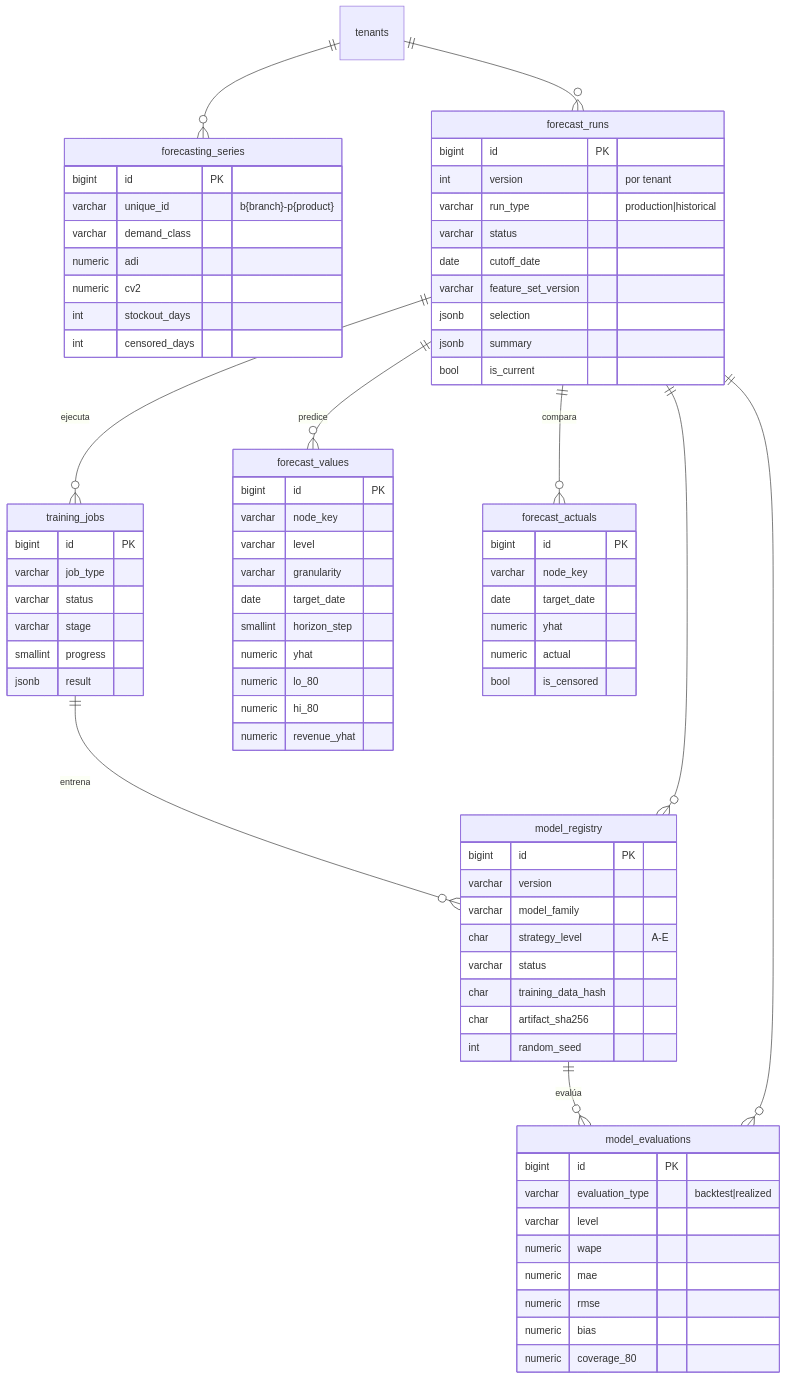
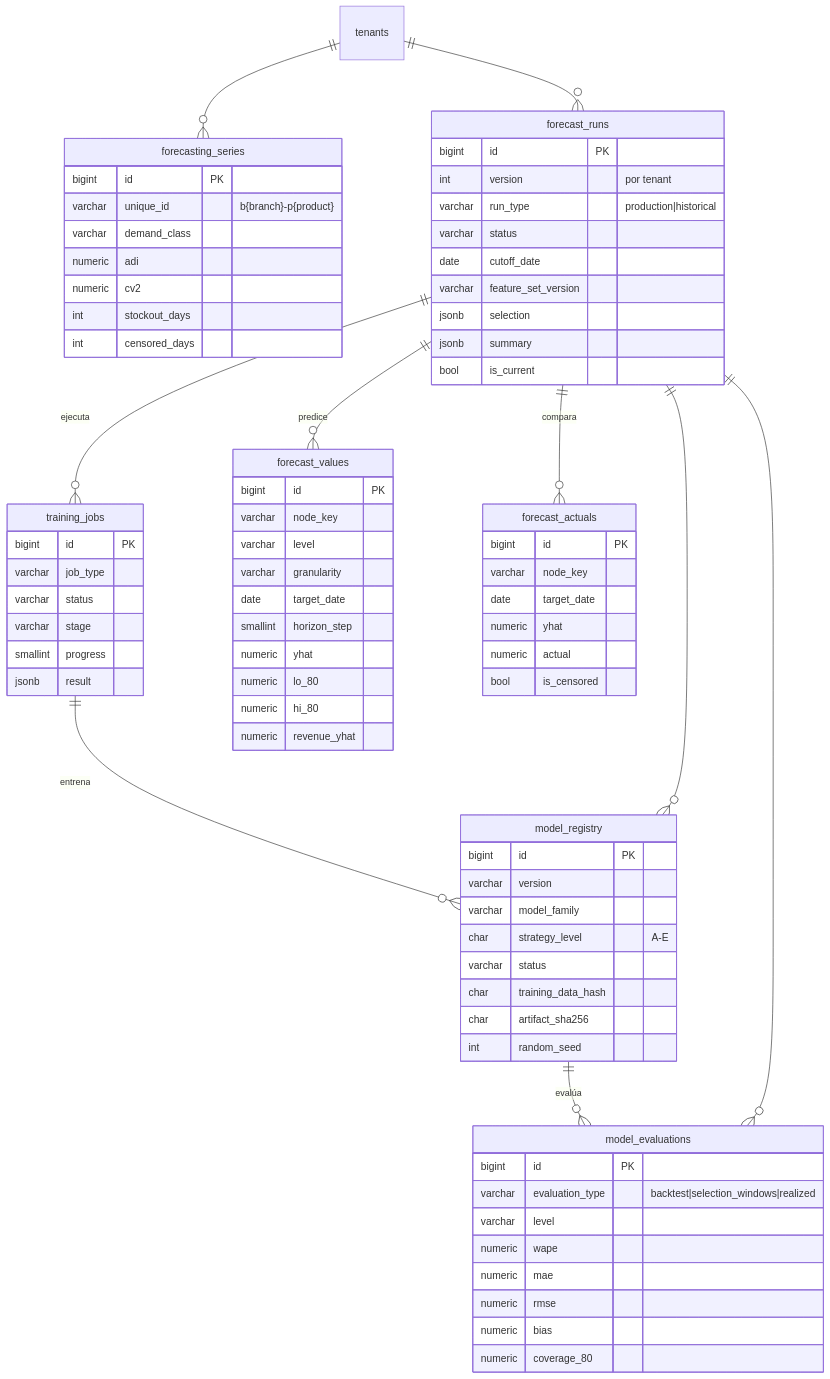
The seventh of 7 diagrams in docs/03-modelo-datos.md (LuisPerezB/directily), drawn with Mermaid before and after one commit. The commit also changed other lines of this file and 11 other files, not shown here.

````diff
--- a/docs/03-modelo-datos.md
+++ b/docs/03-modelo-datos.md
@@ -381,81 +381,81 @@
 ```mermaid
 erDiagram
     tenants ||--o{ forecasting_series : ""
     tenants ||--o{ forecast_runs : ""
     forecast_runs ||--o{ training_jobs : "ejecuta"
     training_jobs ||--o{ model_registry : "entrena"
     forecast_runs ||--o{ model_registry : ""
     model_registry ||--o{ model_evaluations : "evalúa"
     forecast_runs ||--o{ model_evaluations : ""
     forecast_runs ||--o{ forecast_values : "predice"
     forecast_runs ||--o{ forecast_actuals : "compara"
 
     forecasting_series {
         bigint id PK
         varchar unique_id "b{branch}-p{product}"
         varchar demand_class
         numeric adi
         numeric cv2
         int stockout_days
         int censored_days
     }
     forecast_runs {
         bigint id PK
         int version "por tenant"
         varchar run_type "production|historical"
         varchar status
         date cutoff_date
         varchar feature_set_version
         jsonb selection
         jsonb summary
         bool is_current
     }
     training_jobs {
         bigint id PK
         varchar job_type
         varchar status
         varchar stage
         smallint progress
         jsonb result
     }
     model_registry {
         bigint id PK
         varchar version
         varchar model_family
         char strategy_level "A-E"
         varchar status
         char training_data_hash
         char artifact_sha256
         int random_seed
     }
     model_evaluations {
         bigint id PK
-        varchar evaluation_type "backtest|realized"
+        varchar evaluation_type "backtest|selection_windows|realized"
         varchar level
         numeric wape
         numeric mae
         numeric rmse
         numeric bias
         numeric coverage_80
     }
     forecast_values {
         bigint id PK
         varchar node_key
         varchar level
         varchar granularity
         date target_date
         smallint horizon_step
         numeric yhat
         numeric lo_80
         numeric hi_80
         numeric revenue_yhat
     }
     forecast_actuals {
         bigint id PK
         varchar node_key
         date target_date
         numeric yhat
         numeric actual
         bool is_censored
     }
 ```
````
